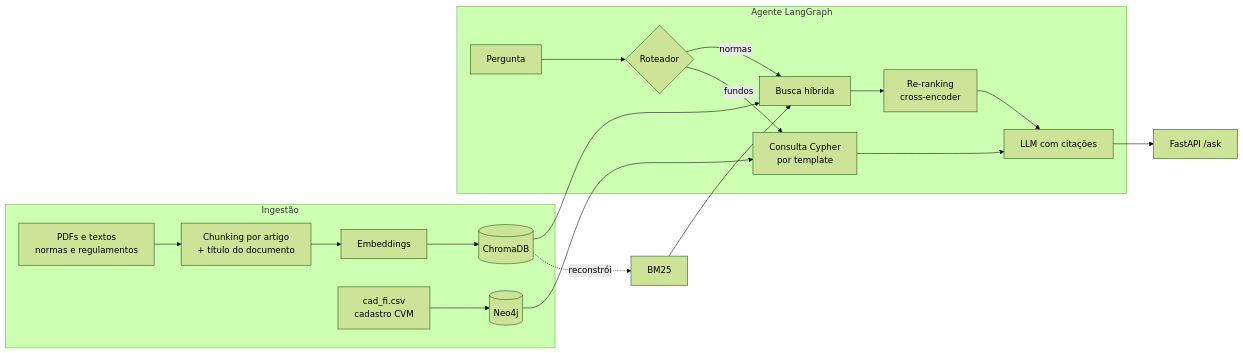
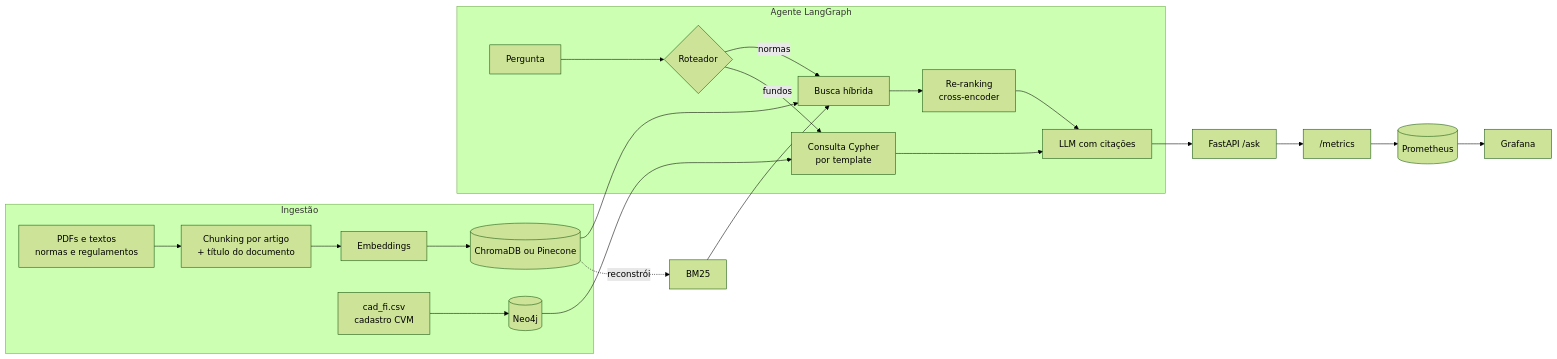
The diagram in README.md (AbnerRidigolo/finrag-cvm), drawn with Mermaid (forest theme) before and after one commit. The commit also changed other lines of this file and 29 other files, not shown here.

Commit message:
feat: avaliação com LLM como juiz, adaptador Pinecone e métricas Prometheus

````diff
--- a/README.md
+++ b/README.md
@@ -13,24 +13,25 @@
 ```mermaid
 flowchart LR
     subgraph Ingestão
         D[PDFs e textos<br/>normas e regulamentos] --> C[Chunking por artigo<br/>+ título do documento]
         C --> E[Embeddings]
-        E --> V[(ChromaDB)]
+        E --> V[(ChromaDB ou Pinecone)]
         CSV[cad_fi.csv<br/>cadastro CVM] --> G[(Neo4j)]
     end
 
     subgraph Agente LangGraph
         Q[Pergunta] --> R{Roteador}
         R -- normas --> H[Busca híbrida]
         R -- fundos --> T[Consulta Cypher<br/>por template]
         H --> RR[Re-ranking<br/>cross-encoder]
         RR --> L[LLM com citações]
         T --> L
     end
 
     V --> H
     V -. reconstrói .-> B[BM25]
     B --> H
     G --> T
     L --> API[FastAPI /ask]
+    API --> M["/metrics"] --> P[(Prometheus)] --> GF[Grafana]
 ```
````
